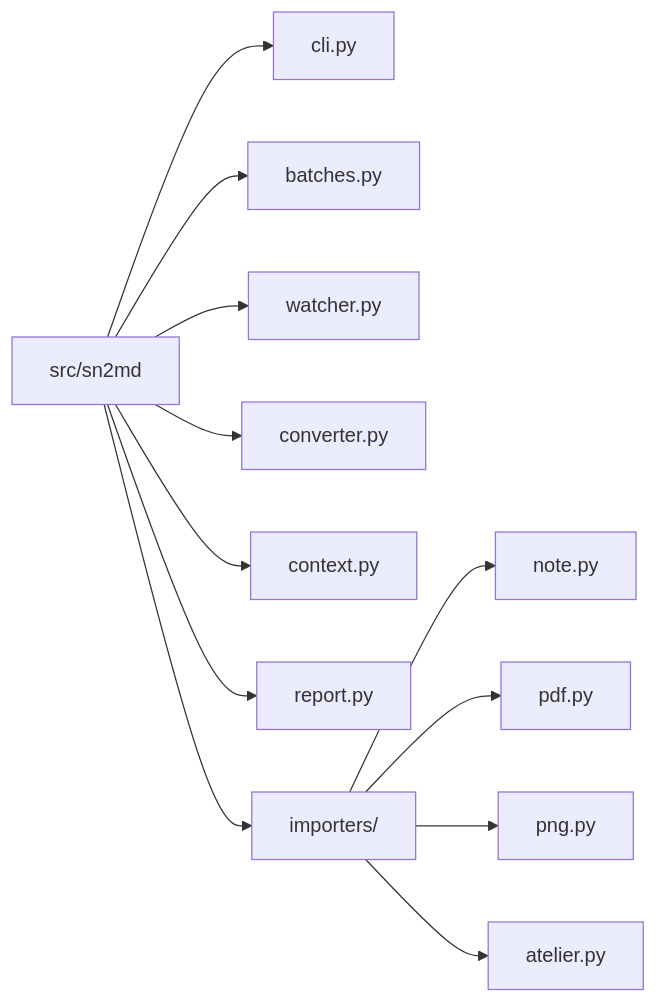
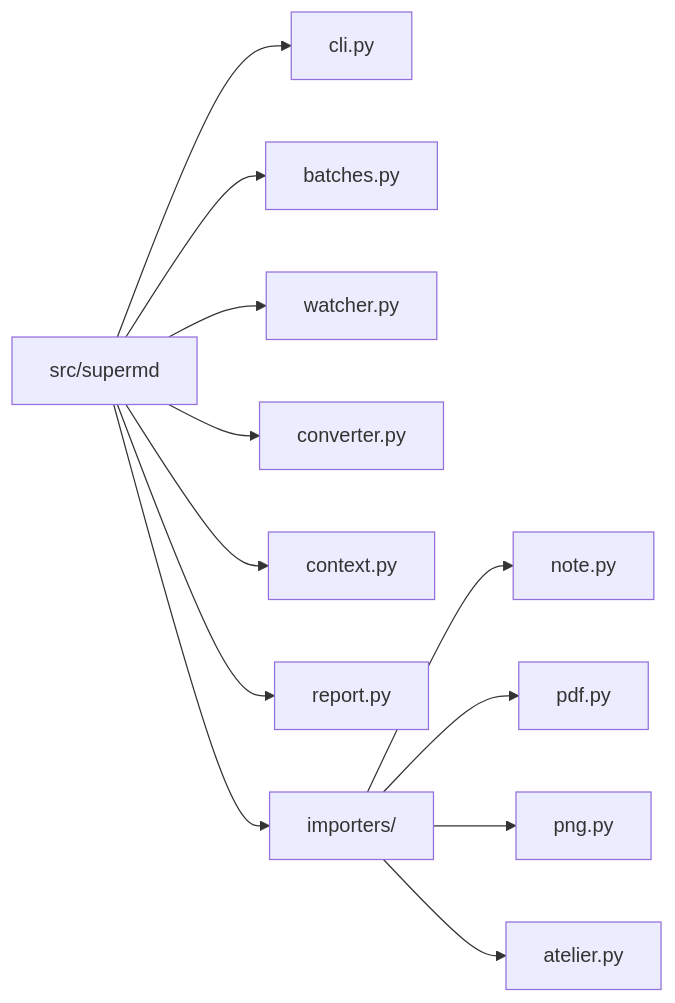
One commit to rephlex00/SuperMD changed the third of 3 diagrams in ARCHITECTURE.md. Above: the diagram before and after it, drawn with Mermaid. The commit also changed other lines of this file and 69 other files, not shown here.

````diff
--- a/ARCHITECTURE.md
+++ b/ARCHITECTURE.md
@@ -90,15 +90,15 @@
 ```mermaid
 graph LR
-    Root[src/sn2md] --> CLIB[cli.py]
+    Root[src/supermd] --> CLIB[cli.py]
     Root --> Batch[batches.py]
     Root --> Watch[watcher.py]
     Root --> Conv[converter.py]
     Root --> Ctx[context.py]
     Root --> Rep[report.py]
     Root --> Importers[importers/]
-    
+
     Importers --> Note[note.py]
     Importers --> PDF[pdf.py]
     Importers --> PNG[png.py]
     Importers --> Atelier[atelier.py]
 ```
````
